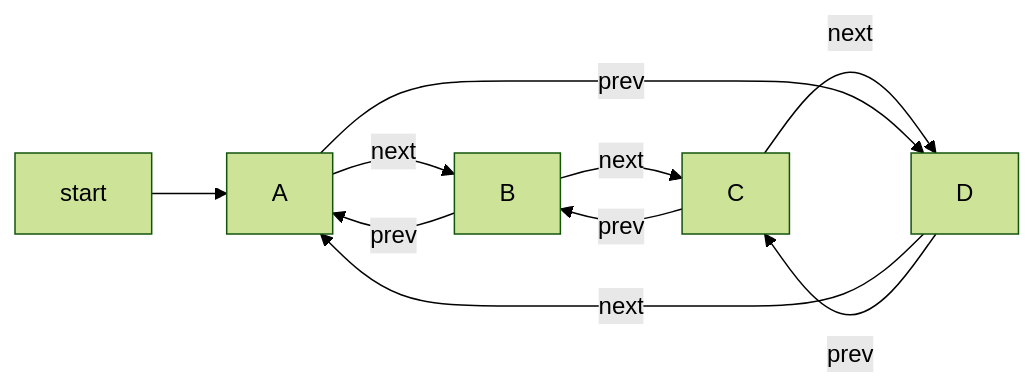
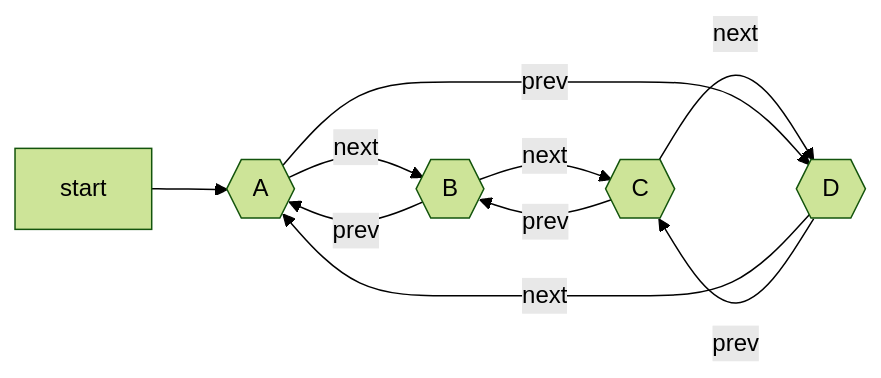
The first of 2 diagrams in zettelkasten/Circular Doubly Linked List.md (ChrisW-priv/PersonalVault), drawn with Mermaid (forest theme) before and after one commit. The commit also changed other lines of this file and 3 other files, not shown here.

````diff
--- a/zettelkasten/Circular Doubly Linked List.md
+++ b/zettelkasten/Circular Doubly Linked List.md
@@ -6,6 +6,6 @@
 ```mermaid
-flowchart LR
+graph LR
     start --> A 
-    A -->|next| B -->|next| C -->|next| D-->|next| A
+    A{{A}} -->|next| B{{B}} -->|next| C{{C}} -->|next| D{{D}}-->|next| A
 	D -->|prev| C -->|prev| B -->|prev| A-->|prev| D
 ```
````
